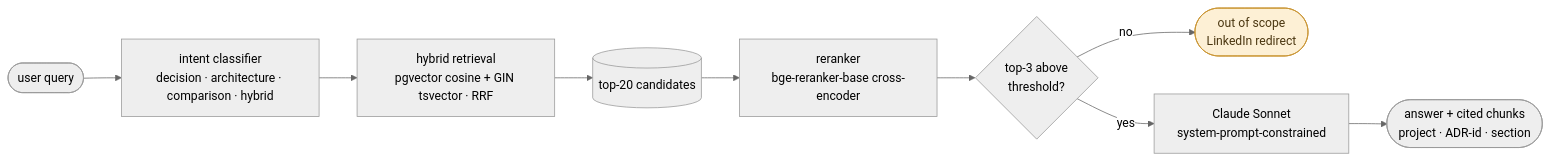
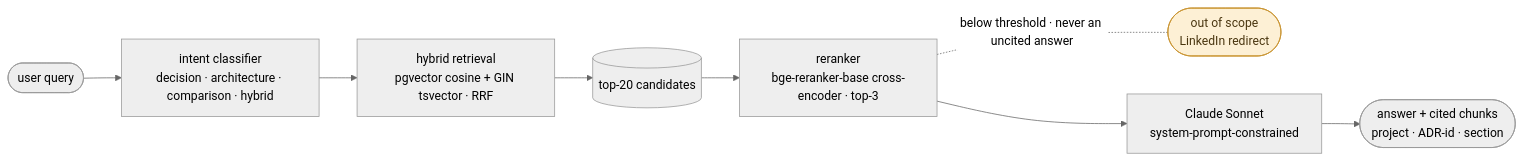
Before and after one commit to christiandrocha/data-platform-rag: the first of 2 diagrams in README.md, drawn with Mermaid (neutral theme).

Commit message:
docs(readme): troca o losango pela aresta pontilhada do Snowflake 2
O diagrama do query path usava um losango `{top-3 above threshold?}` para a
decisao do fallback. O topico Arquitetura do sdd-kafka-snowflake-2 nunca usa
losango: anota a condicao com uma aresta pontilhada com etiqueta, como faz com o
Schema Registry (`-.types · doc · the only enforced contract.- S`) e com o cost
gate (`-.WHEN false · no warehouse engaged.- Z`).

Agora segue o mesmo vocabulario visual: o fluxo principal continua com `-->` ate
a geracao, e o fallback fica pendurado numa aresta pontilhada com a condicao na
etiqueta. O `top-3` passou para o rotulo do reranker, que e onde a selecao
acontece.

Re-renderizado com mermaid-cli: continua a validar, o classDef ambar aplica-se
ao no do fallback, e a etiqueta da aresta sobrevive.

````diff
--- a/README.md
+++ b/README.md
@@ -35,13 +35,12 @@
 ```mermaid
 graph LR
     Q([user query]) --> IC[intent classifier<br/>decision · architecture · comparison · hybrid]
     IC --> HR[hybrid retrieval<br/>pgvector cosine + GIN tsvector · RRF]
     HR --> C[(top-20 candidates)]
-    C --> RR[reranker<br/>bge-reranker-base cross-encoder]
-    RR --> T{top-3 above<br/>threshold?}
-    T -- no --> FB([out of scope<br/>LinkedIn redirect])
-    T -- yes --> G[Claude Sonnet<br/>system-prompt-constrained]
+    C --> RR[reranker<br/>bge-reranker-base cross-encoder · top-3]
+    RR -.below threshold · never an uncited answer.- FB([out of scope<br/>LinkedIn redirect])
+    RR --> G[Claude Sonnet<br/>system-prompt-constrained]
     G --> A([answer + cited chunks<br/>project · ADR-id · section])
     class FB gate;
     classDef gate fill:#fdf0d5,stroke:#c8922e,color:#4a3610;
 ```
````
